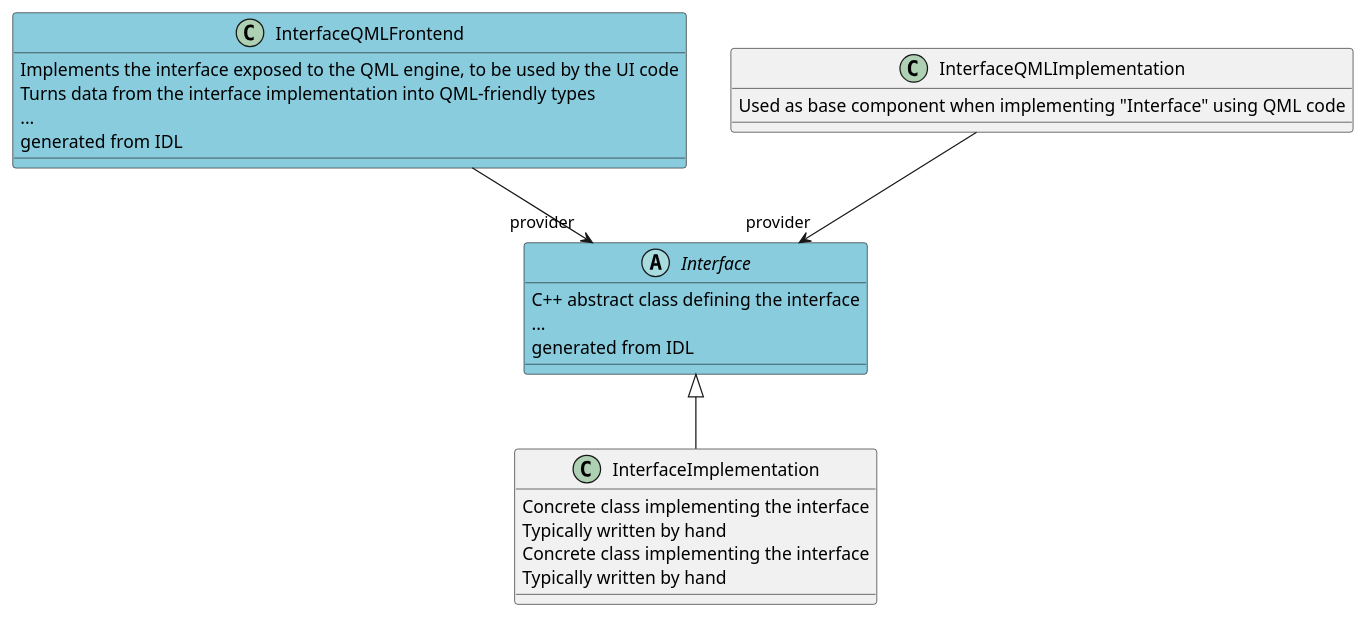
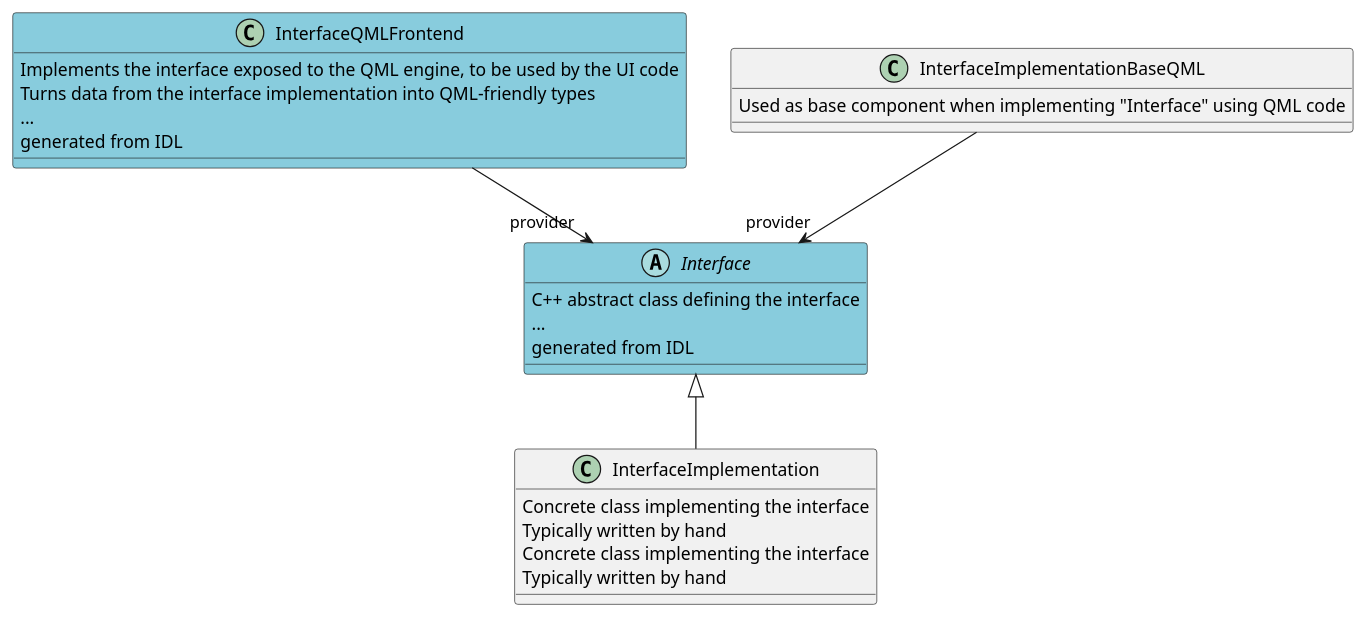
The diagram in doc/overview.plantuml (Pelagicore/facelift), drawn with PlantUML before and after one commit. The commit also changed 17 other files, not shown here.

First line of the commit message:
Rename QMLImplementation to ImplementationBase

```diff
--- a/doc/overview.plantuml
+++ b/doc/overview.plantuml
@@ -1,42 +1,42 @@
 @startuml
 
 
 abstract class Interface #88CCDD {
     C++ abstract class defining the interface
 ...
     generated from IDL
 }
 
 
 
 
 class InterfaceQMLFrontend #88CCDD {
     Implements the interface exposed to the QML engine, to be used by the UI code
     Turns data from the interface implementation into QML-friendly types
 ...
     generated from IDL
 }
 
 
 class InterfaceImplementation {
     Concrete class implementing the interface
     Typically written by hand
 }
 
 class InterfaceImplementation {
     Concrete class implementing the interface
     Typically written by hand
 }
 
-class InterfaceQMLImplementation {
+class InterfaceImplementationBaseQML {
     Used as base component when implementing "Interface" using QML code
 }
 
 Interface <|-- InterfaceImplementation
 
 InterfaceQMLFrontend --> "provider" Interface
 
-InterfaceQMLImplementation --> "provider" Interface
+InterfaceImplementationBaseQML --> "provider" Interface
 
 
 @enduml
```
